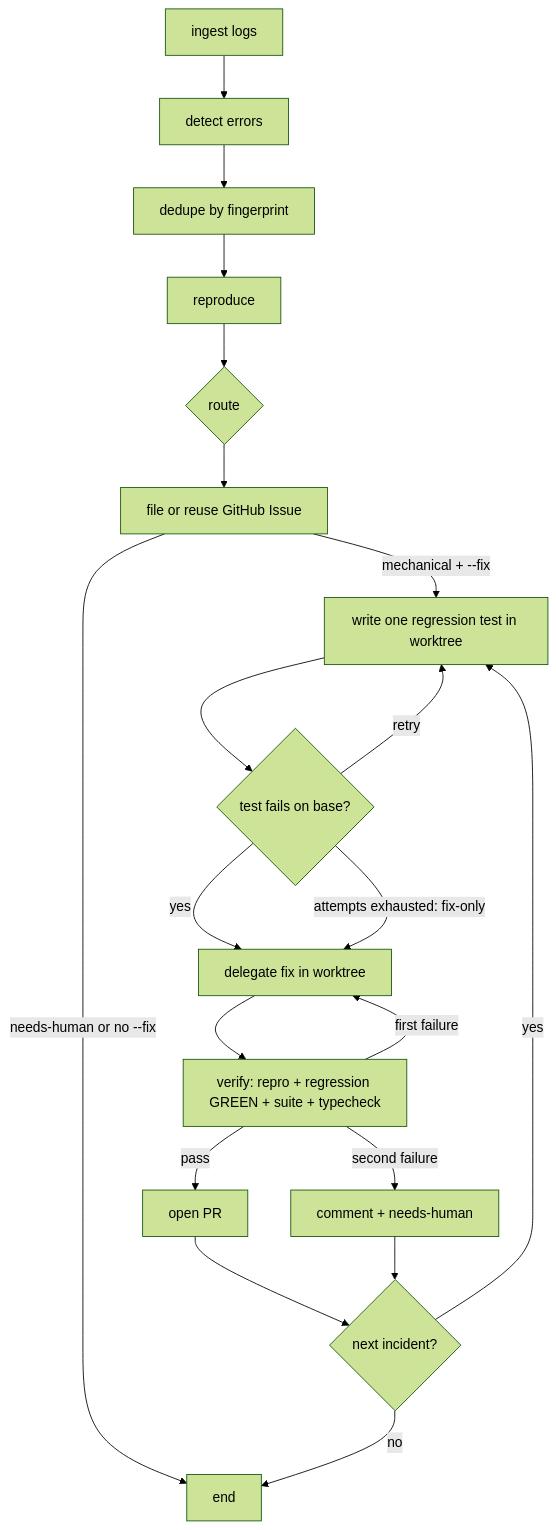
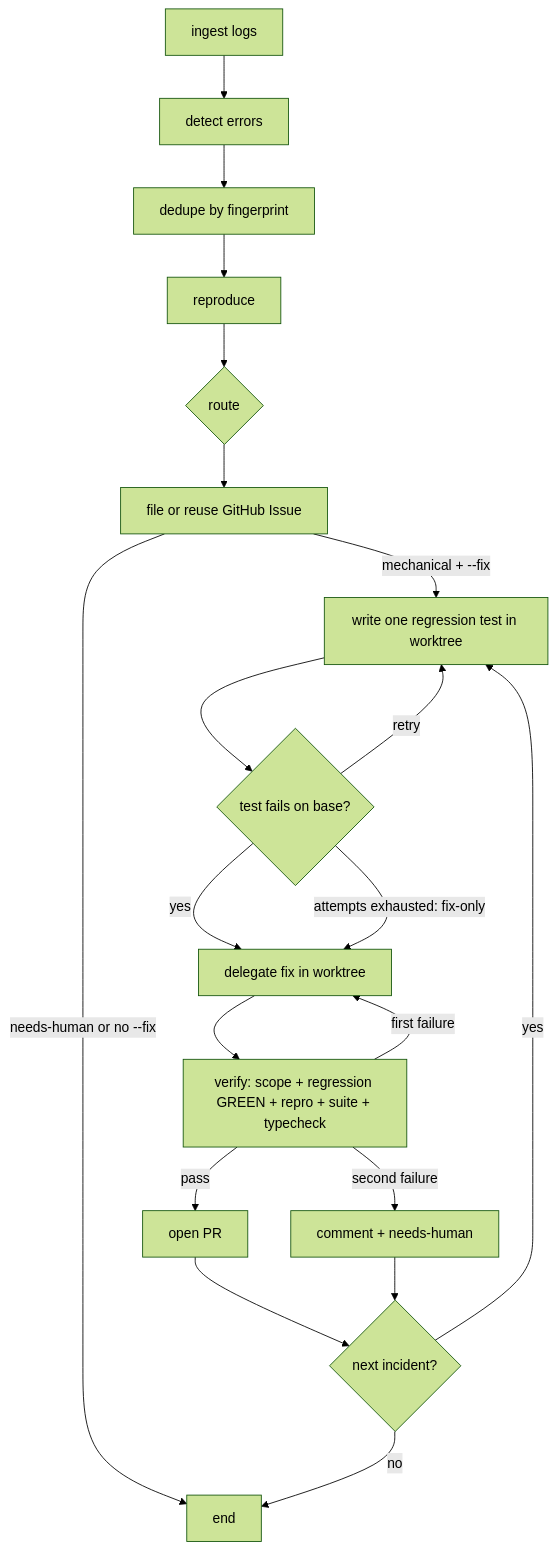
The diagram in README.md (MichaelHabermas/bug-loop), drawn with Mermaid (forest theme) before and after one commit. The commit also changed other lines of this file and 43 other files, not shown here.

````diff
--- a/README.md
+++ b/README.md
@@ -27,22 +27,22 @@
 ```mermaid
 flowchart TD
   ingest[ingest logs] --> detect[detect errors]
   detect --> dedupe[dedupe by fingerprint]
   dedupe --> reproduce[reproduce]
   reproduce --> route{route}
   route --> ticket[file or reuse GitHub Issue]
   ticket -->|mechanical + --fix| testgen[write one regression test in worktree]
   ticket -->|needs-human or no --fix| done[end]
   testgen --> red{test fails on base?}
   red -->|yes| fix[delegate fix in worktree]
   red -->|retry| testgen
   red -->|attempts exhausted: fix-only| fix
-  fix --> verify[verify: repro + regression GREEN + suite + typecheck]
+  fix --> verify[verify: scope + regression GREEN + repro + suite + typecheck]
   verify -->|pass| pr[open PR]
   verify -->|first failure| fix
   verify -->|second failure| human[comment + needs-human]
   pr --> next{next incident?}
   human --> next
   next -->|yes| testgen
   next -->|no| done
 ```
````
